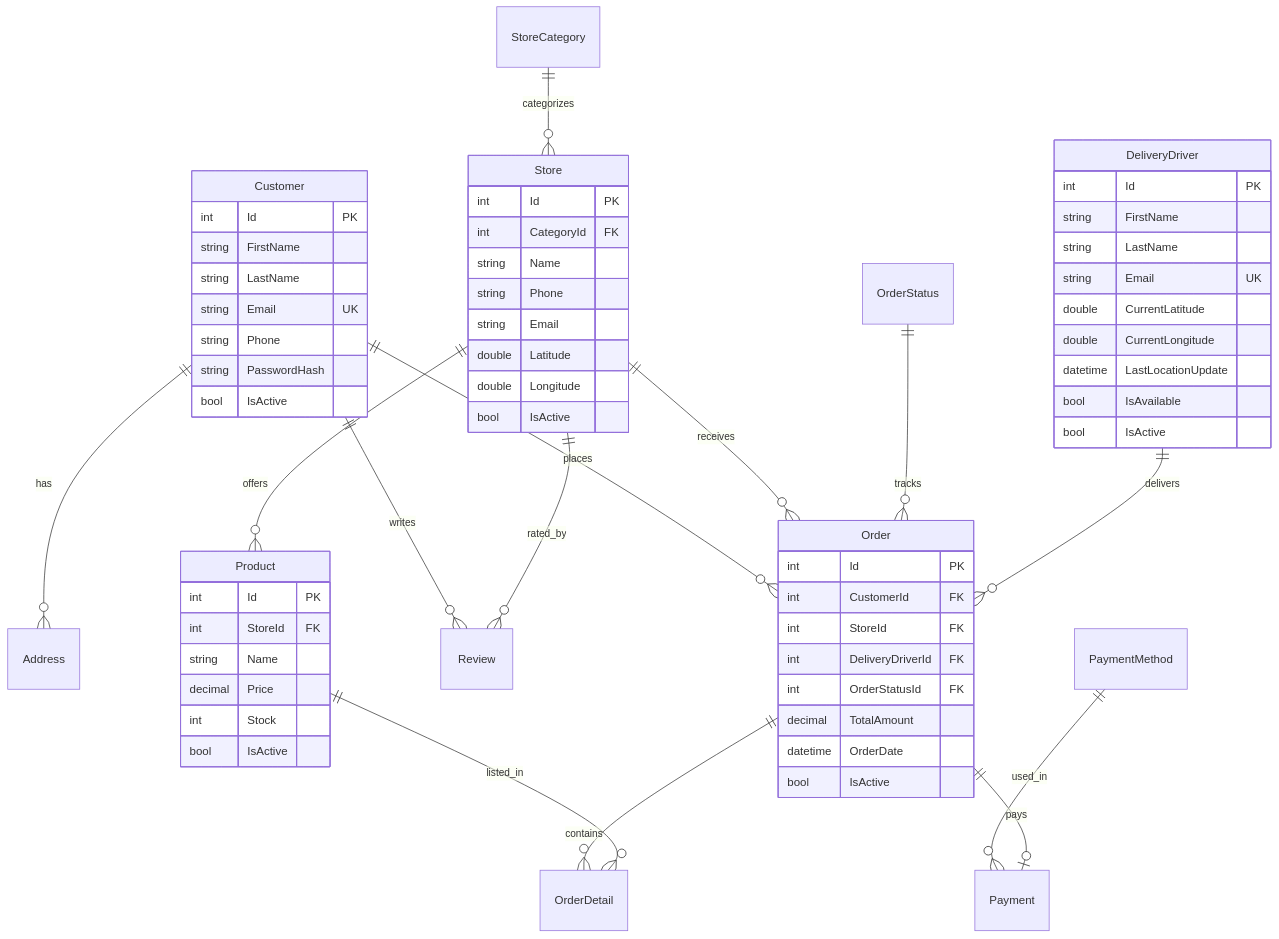
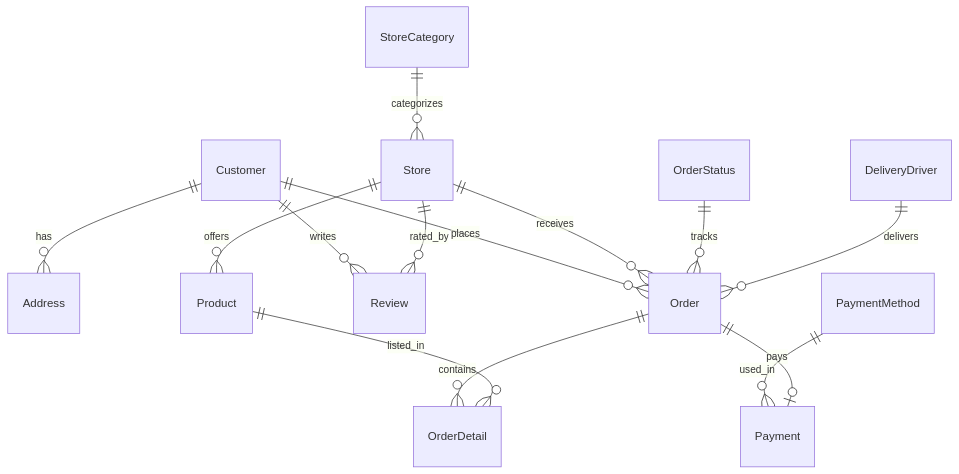
One commit to jeffersonmejia/orbi-app changed the diagram in README.md. Above: the diagram before and after it, drawn with Mermaid.

Commit message:
fix: remove entity blocks from readme mermaid

````diff
--- a/README.md
+++ b/README.md
@@ -18,65 +18,16 @@
 ```mermaid
 erDiagram
     Customer ||--o{ Address : has
     Customer ||--o{ Order : places
     Customer ||--o{ Review : writes
     StoreCategory ||--o{ Store : categorizes
     Store ||--o{ Product : offers
     Store ||--o{ Order : receives
     Store ||--o{ Review : rated_by
     Order ||--o{ OrderDetail : contains
     Product ||--o{ OrderDetail : listed_in
     OrderStatus ||--o{ Order : tracks
     DeliveryDriver ||--o{ Order : delivers
     PaymentMethod ||--o{ Payment : used_in
     Order ||--o| Payment : pays
-
-    Customer {
-        int Id PK
-        string FirstName
-        string LastName
-        string Email UK
-        string Phone
-        string PasswordHash
-        bool IsActive
-    }
-    Store {
-        int Id PK
-        int CategoryId FK
-        string Name
-        string Phone
-        string Email
-        double Latitude
-        double Longitude
-        bool IsActive
-    }
-    Product {
-        int Id PK
-        int StoreId FK
-        string Name
-        decimal Price
-        int Stock
-        bool IsActive
-    }
-    Order {
-        int Id PK
-        int CustomerId FK
-        int StoreId FK
-        int DeliveryDriverId FK
-        int OrderStatusId FK
-        decimal TotalAmount
-        datetime OrderDate
-        bool IsActive
-    }
-    DeliveryDriver {
-        int Id PK
-        string FirstName
-        string LastName
-        string Email UK
-        double CurrentLatitude
-        double CurrentLongitude
-        datetime LastLocationUpdate
-        bool IsAvailable
-        bool IsActive
-    }
 ```
````
